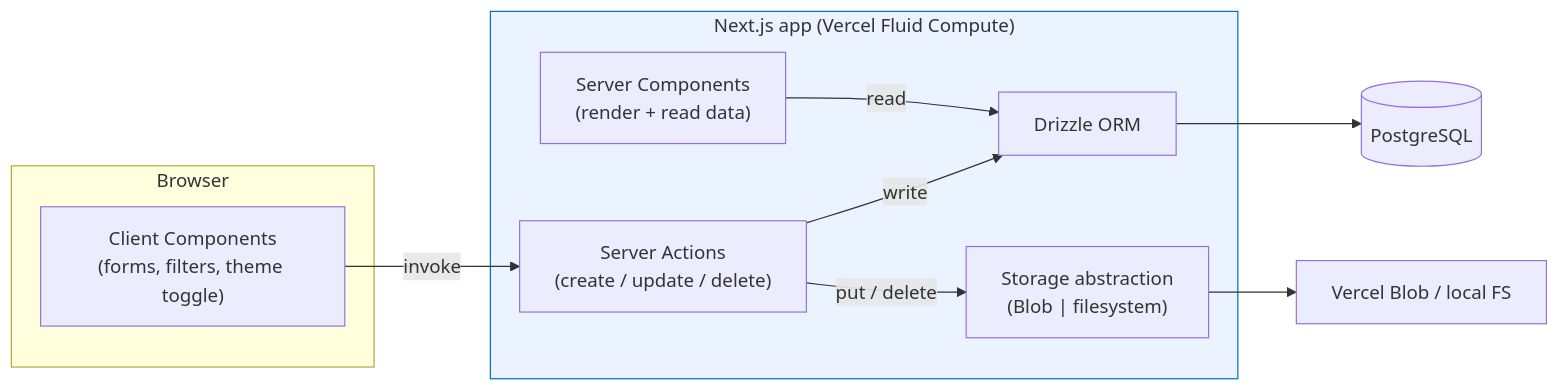
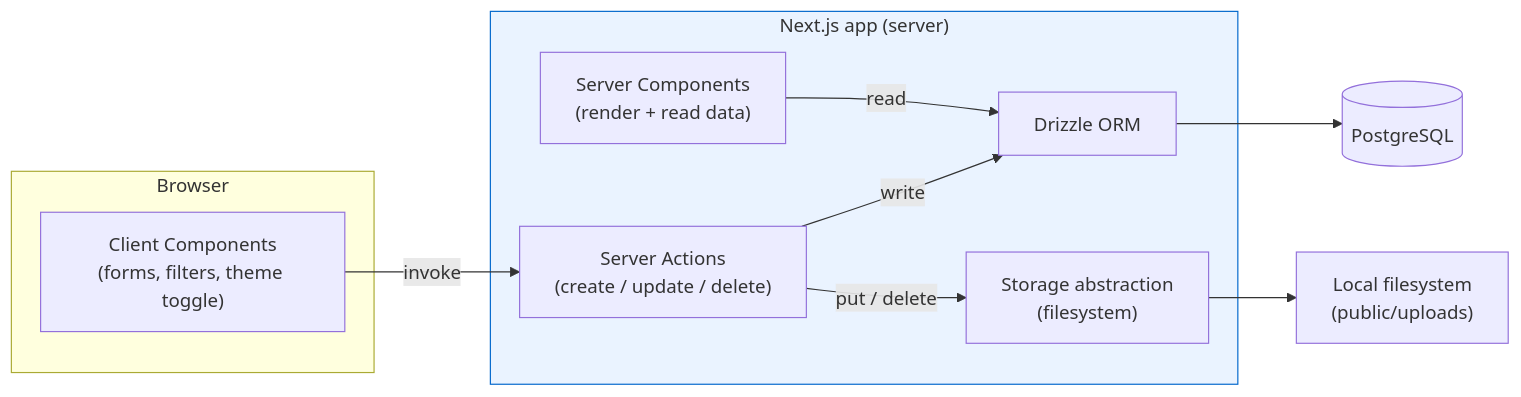
Before and after one commit to nnworkspace/sil: the second of 5 diagrams in docs/ARCHITECTURE.md, drawn with Mermaid. The commit also changed other lines of this file and 36 other files, not shown here.

````diff
--- a/docs/ARCHITECTURE.md
+++ b/docs/ARCHITECTURE.md
@@ -27,23 +27,23 @@
 ```mermaid
 graph LR
     subgraph Browser
         CC["Client Components<br/>(forms, filters, theme toggle)"]
     end
-    subgraph Vercel["Next.js app (Vercel Fluid Compute)"]
+    subgraph App["Next.js app (server)"]
         SC["Server Components<br/>(render + read data)"]
         SA["Server Actions<br/>(create / update / delete)"]
         ORM["Drizzle ORM"]
-        STO["Storage abstraction<br/>(Blob | filesystem)"]
+        STO["Storage abstraction<br/>(filesystem)"]
     end
     DB[("PostgreSQL")]
-    BLOB["Vercel Blob / local FS"]
+    FS["Local filesystem<br/>(public/uploads)"]
 
     CC -->|"invoke"| SA
     SC -->|"read"| ORM
     SA -->|"write"| ORM
     SA -->|"put / delete"| STO
     ORM --> DB
-    STO --> BLOB
+    STO --> FS
 
-    style Vercel fill:#eaf3ff,stroke:#0066cc
+    style App fill:#eaf3ff,stroke:#0066cc
 ```
````
